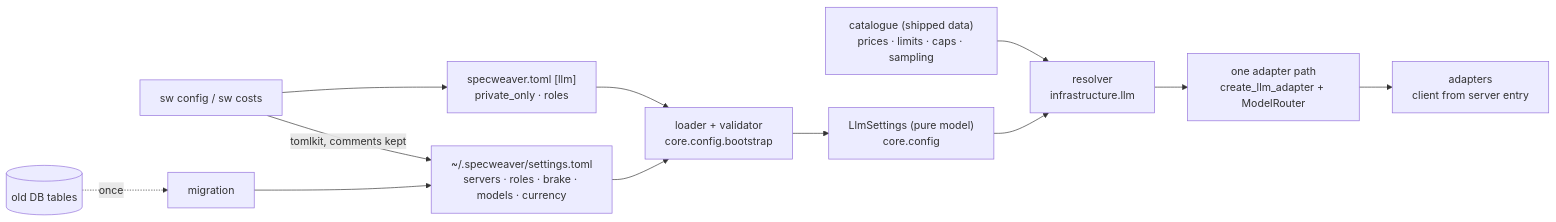
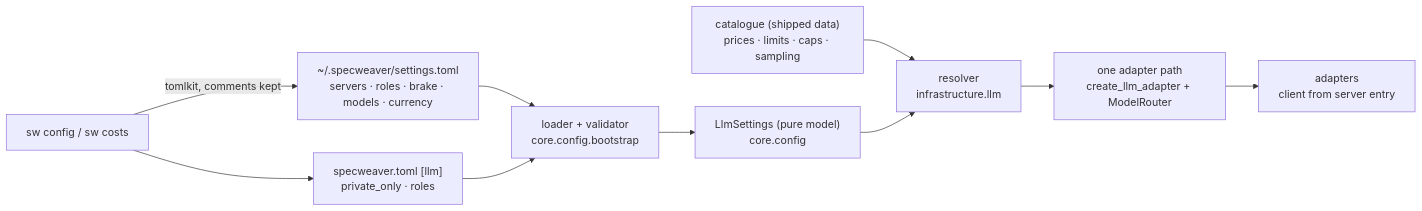
Before and after one commit to sbula/specweaver: the diagram in docs/roadmap/features/topic_03_flow_engine/C-FLOW-13/C-FLOW-13_design.md, drawn with Mermaid. The commit also changed other lines of this file and 2 other files, not shown here.

First line of the commit message:
docs(C-FLOW-13): no migration; commands write the files in SF-03; SF-04 retired

````diff
--- a/docs/roadmap/features/topic_03_flow_engine/C-FLOW-13/C-FLOW-13_design.md
+++ b/docs/roadmap/features/topic_03_flow_engine/C-FLOW-13/C-FLOW-13_design.md
@@ -29,13 +29,12 @@
 ```mermaid
 graph LR
     M["~/.specweaver/settings.toml<br/>servers · roles · brake · models · currency"] --> L
     P["specweaver.toml [llm]<br/>private_only · roles"] --> L
     C["catalogue (shipped data)<br/>prices · limits · caps · sampling"] --> R
     L["loader + validator<br/>core.config.bootstrap"] --> S["LlmSettings (pure model)<br/>core.config"]
     S --> R["resolver<br/>infrastructure.llm"]
     R --> F["one adapter path<br/>create_llm_adapter + ModelRouter"]
     F --> A["adapters<br/>client from server entry"]
     CLI["sw config / sw costs"] -->|"tomlkit, comments kept"| M
     CLI --> P
-    DB[("old DB tables")] -.->|"once"| MIG["migration"] --> M
 ```
````
